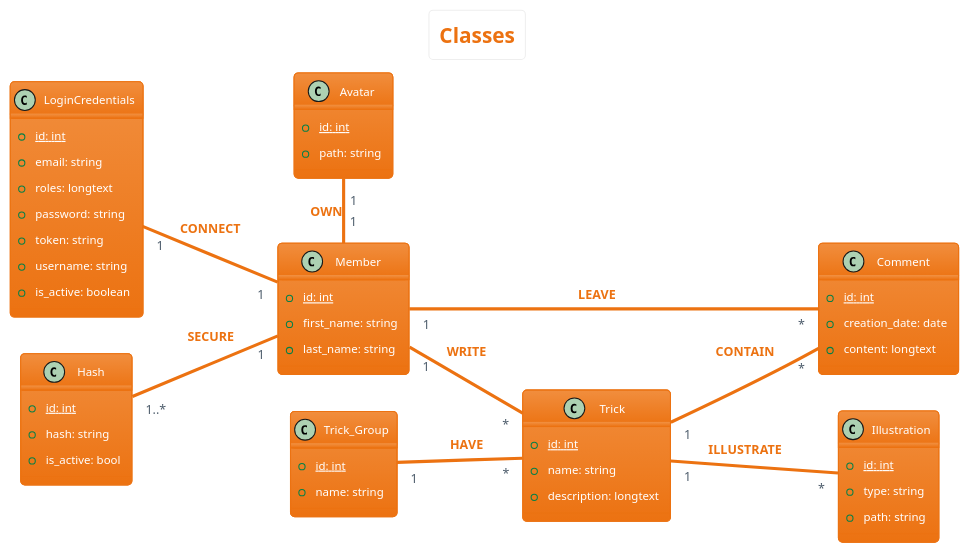
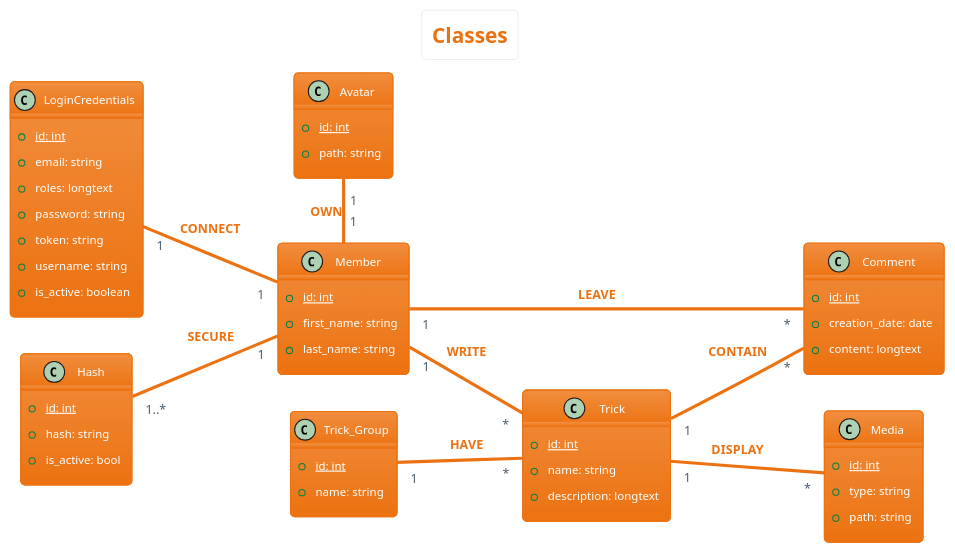
Before and after one commit to sebastien-d-me/SnowTricks: the diagram in diagrammes/class/class.plantuml, drawn with PlantUML. The commit also changed 44 other files, not shown here.

```diff
--- a/diagrammes/class/class.plantuml
+++ b/diagrammes/class/class.plantuml
@@ -1,78 +1,78 @@
 @startuml classes
 left to right direction
 skinparam actorStyle Awesome
 skinparam ArrowThickness 1
 !theme aws-orange
 skinparam backgroundcolor White
 
 'Titre'
 title Classes
 
 'Comment'
 class Comment {
     {static} +id: int
     +creation_date: date
     +content: longtext
 }
 
 'Trick Group'
 class Trick_Group {
     {static} +id: int
     +name: string
 }
 
 'Member'
 class Member {
     {static} +id: int
     +first_name: string
     +last_name: string
 }
 
 'Login Credentials'
 class LoginCredentials {
     {static} +id: int
     +email: string
     +roles: longtext
     +password: string
     +token: string
     +username: string
     +is_active: boolean
 }
 
 'Trick'
 class Trick {
     {static} +id: int
     +name: string
     +description: longtext
 }
 
 'Hash'
 class Hash {
     {static} +id: int
     +hash: string
     +is_active: bool 
 }
 
-'Illustration'
-class Illustration {
+'Media'
+class Media {
     {static} +id: int
     +type: string
     +path: string 
 }
 
 'Avatar'
 class Avatar {
     {static} +id: int
     +path: string
 }
 
 'Déroulement'
 Avatar "1" - "1" Member: $warning("OWN")
 LoginCredentials "1" -- "1" Member: $warning("CONNECT")
 Hash "1..*" -- "1" Member: $warning("SECURE")
 Member "1" -- "*" Trick: $warning("WRITE")
 Member "1" -- "*" Comment: $warning("LEAVE")
 Trick "1" -- "*" Comment: $warning("CONTAIN")
 Trick_Group "1" -- "*" Trick: $warning("HAVE")
-Trick "1" -- "*" Illustration: $warning("ILLUSTRATE")
+Trick "1" -- "*" Media: $warning("DISPLAY")
 @enduml
```
